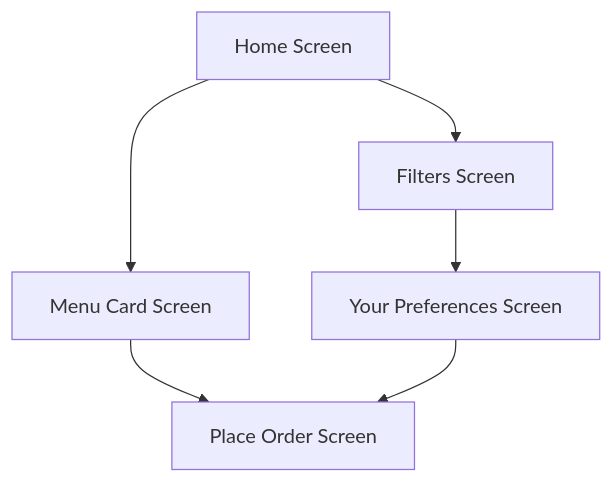
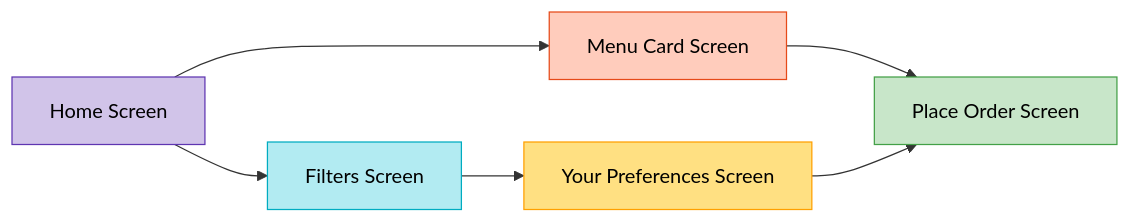
One commit to RageRaghav/OneBlanc changed the diagram in README.md. Above: the diagram before and after it, drawn with Mermaid.

````diff
--- a/README.md
+++ b/README.md
@@ -77,8 +77,14 @@
 ```mermaid
-graph TD
-    A[Home Screen] --> B[Menu Card Screen]
-    A --> C[Filters Screen]
-    C --> D[Your Preferences Screen]
-    B --> E[Place Order Screen]
+flowchart LR
+    A[Home Screen]:::home --> B[Menu Card Screen]:::menu
+    A --> C[Filters Screen]:::filter
+    C --> D[Your Preferences Screen]:::prefs
+    B --> E[Place Order Screen]:::order
     D --> E
+
+    classDef home fill:#d1c4e9,stroke:#5e35b1,color:#000;
+    classDef menu fill:#ffccbc,stroke:#e64a19,color:#000;
+    classDef filter fill:#b2ebf2,stroke:#00acc1,color:#000;
+    classDef prefs fill:#ffe082,stroke:#ffa000,color:#000;
+    classDef order fill:#c8e6c9,stroke:#43a047,color:#000;
 ```
````
